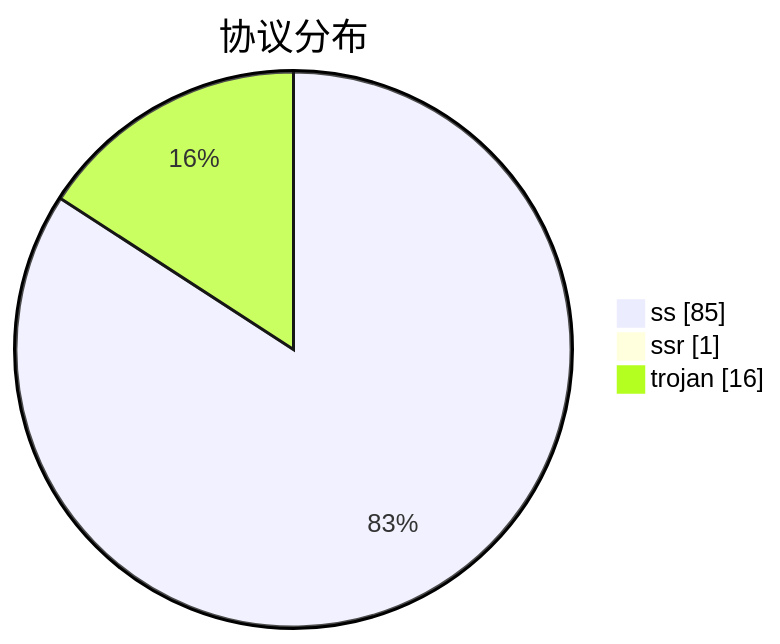
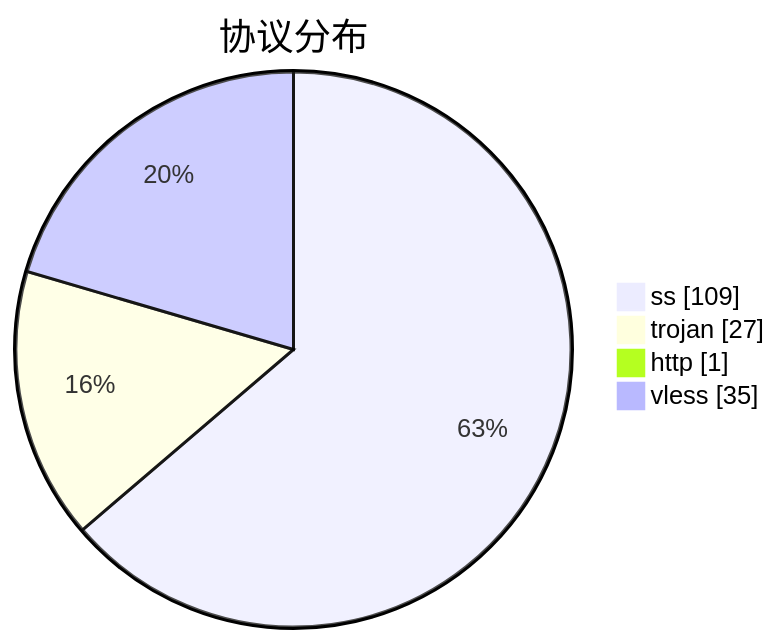
The third of 3 diagrams in subs/statistics/tested_within.md (qjlxg/airport), drawn with Mermaid before and after one commit. The commit also changed other lines of this file and 2 other files, not shown here.

````diff
--- a/subs/statistics/tested_within.md
+++ b/subs/statistics/tested_within.md
@@ -29,7 +33,8 @@
 ```mermaid
 pie showData
 title 协议分布
-"ss" : 85
-"ssr" : 1
-"trojan" : 16
+"ss" : 109
+"trojan" : 27
+"http" : 1
+"vless" : 35
 ```
````
